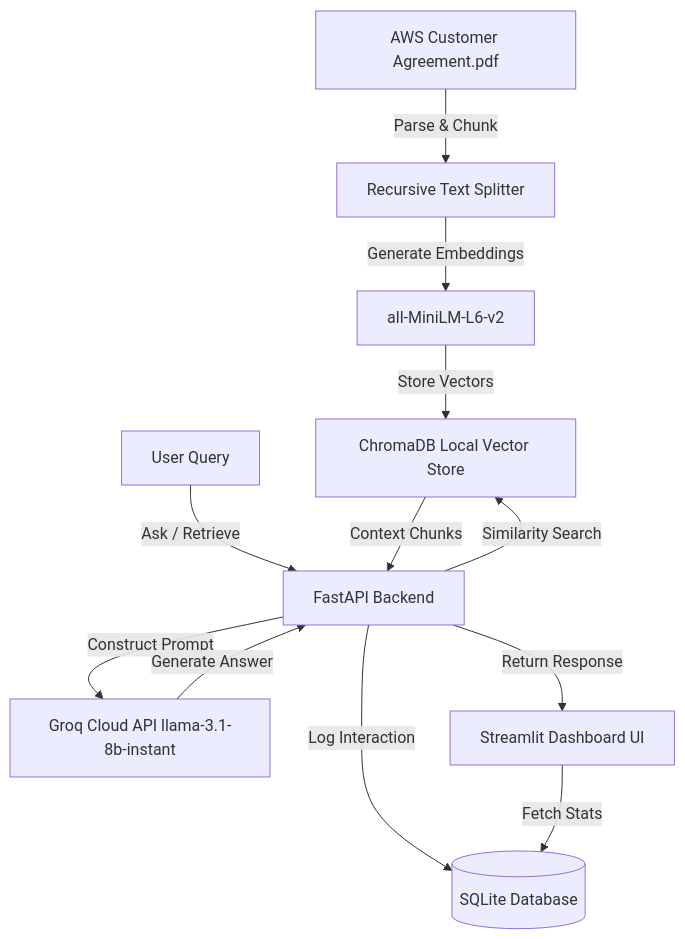
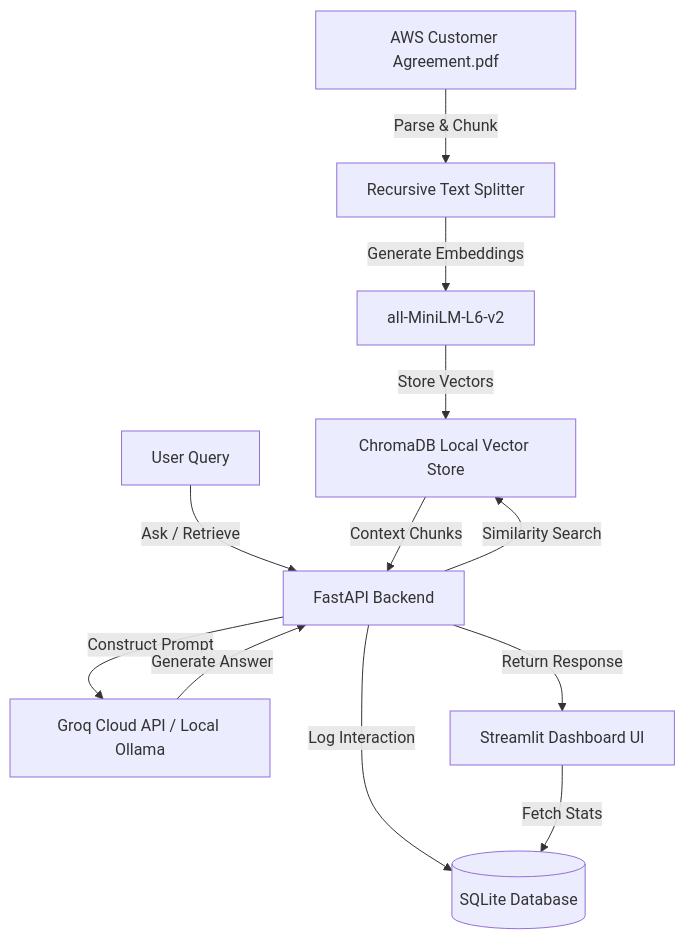
The diagram in README.md (ichhit-ai/RAGu), drawn with Mermaid before and after one commit. The commit also changed other lines of this file, not shown here.

````diff
--- a/README.md
+++ b/README.md
@@ -9,16 +9,16 @@
 ```mermaid
 graph TD
     A[AWS Customer Agreement.pdf] -->|Parse & Chunk| B[Recursive Text Splitter]
     B -->|Generate Embeddings| C[all-MiniLM-L6-v2]
     C -->|Store Vectors| D[ChromaDB Local Vector Store]
     
     E[User Query] -->|Ask / Retrieve| F[FastAPI Backend]
     F -->|Similarity Search| D
     D -->|Context Chunks| F
-    F -->|Construct Prompt| G[Groq Cloud API llama-3.1-8b-instant]
+    F -->|Construct Prompt| G[Groq Cloud API / Local Ollama]
     G -->|Generate Answer| F
     
     F -->|Log Interaction| H[(SQLite Database)]
     F -->|Return Response| I[Streamlit Dashboard UI]
     I -->|Fetch Stats| H
 ```
````
